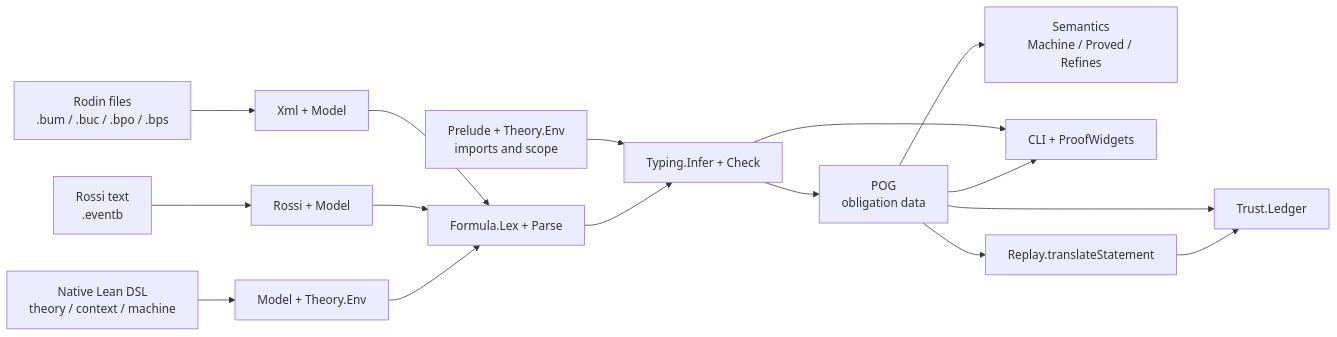
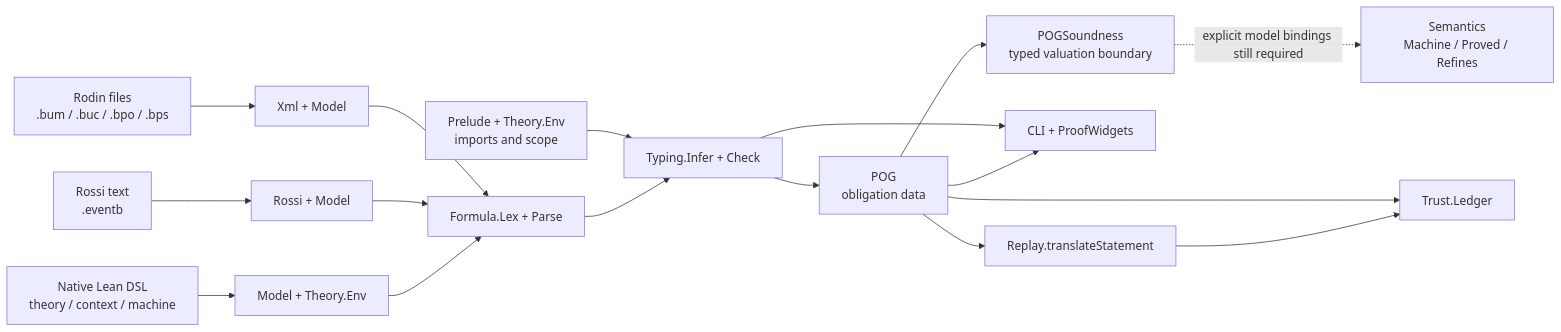
The first of 3 diagrams in notes/architecture.md (jonaprieto/eventb-lean), drawn with Mermaid before and after one commit. The commit also changed other lines of this file and 41 other files, not shown here.

````diff
--- a/notes/architecture.md
+++ b/notes/architecture.md
@@ -28,18 +28,19 @@
 ```mermaid
 flowchart LR
   R["Rodin files<br/>.bum / .buc / .bpo / .bps"] --> X["Xml + Model"]
   Q["Rossi text<br/>.eventb"] --> Y["Rossi + Model"]
   N["Native Lean DSL<br/>theory / context / machine"] --> A["Model + Theory.Env"]
   X --> F["Formula.Lex + Parse"]
   Y --> F
   A --> F
   P["Prelude + Theory.Env<br/>imports and scope"] --> T["Typing.Infer + Check"]
   F --> T
   T --> G["POG<br/>obligation data"]
-  G --> S["Semantics<br/>Machine / Proved / Refines"]
+  G --> Z["POGSoundness<br/>typed valuation boundary"]
+  Z -. "explicit model bindings still required" .-> S["Semantics<br/>Machine / Proved / Refines"]
   G --> L["Trust.Ledger"]
   T --> U["CLI + ProofWidgets"]
   G --> U
   G --> E["Replay.translateStatement"]
   E --> L
 ```
````
